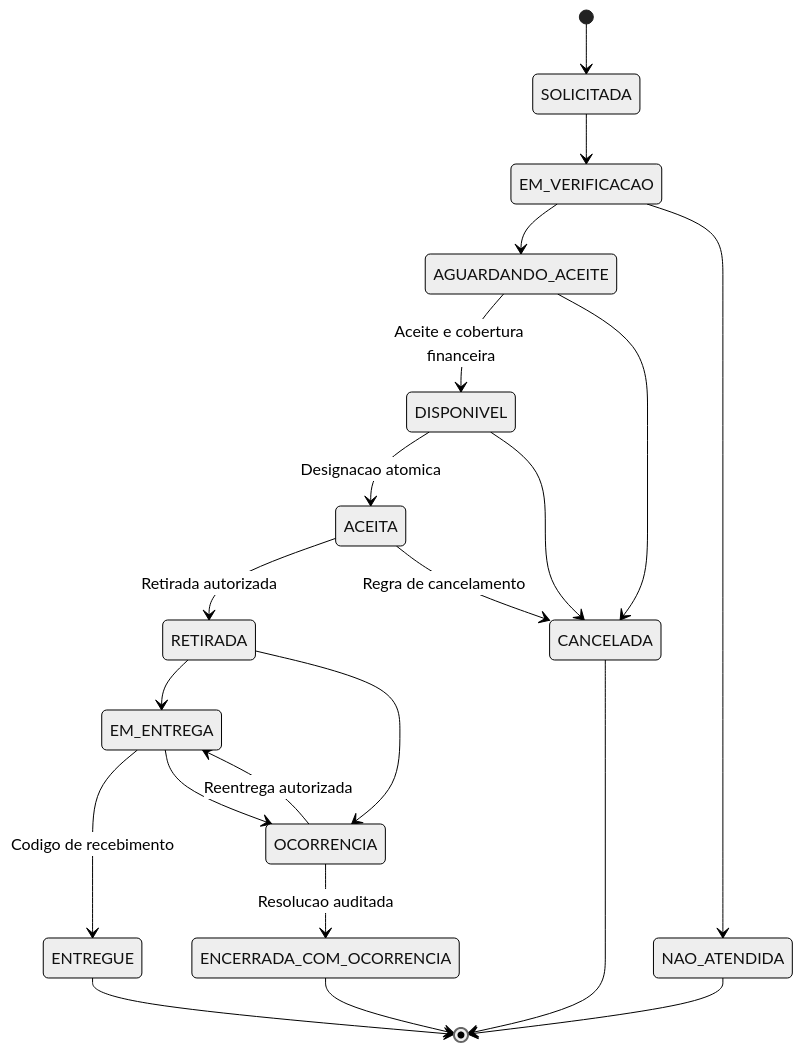
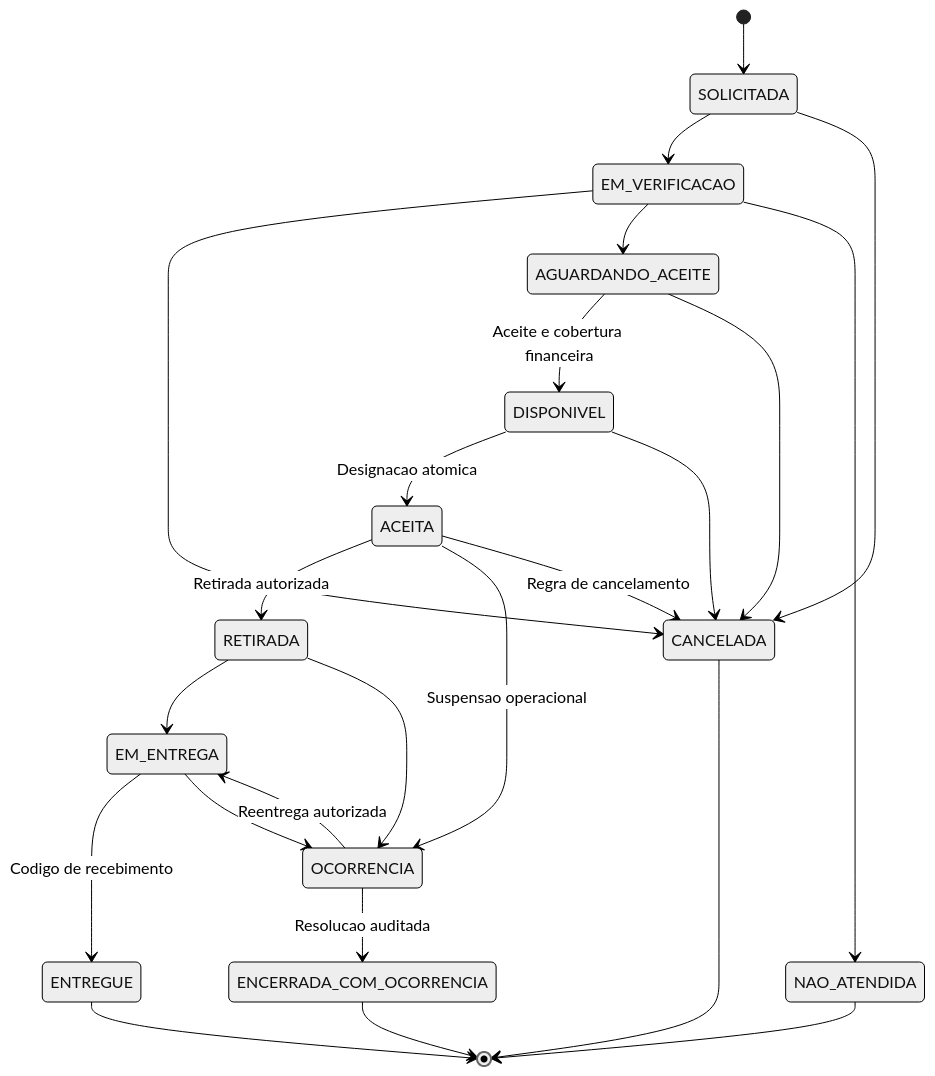
The fourth of 7 diagrams in docs/DIAGRAMAS.md (Kayquebrigadeiro/Exameperto), drawn with Mermaid (neutral theme) before and after one commit. The commit also changed other lines of this file and 8 other files, not shown here.

````diff
--- a/docs/DIAGRAMAS.md
+++ b/docs/DIAGRAMAS.md
@@ -99,23 +106,26 @@
 ```mermaid
 stateDiagram-v2
   [*] --> SOLICITADA
   SOLICITADA --> EM_VERIFICACAO
+  SOLICITADA --> CANCELADA
+  EM_VERIFICACAO --> CANCELADA
   EM_VERIFICACAO --> AGUARDANDO_ACEITE
   EM_VERIFICACAO --> NAO_ATENDIDA
   AGUARDANDO_ACEITE --> DISPONIVEL: Aceite e cobertura financeira
   AGUARDANDO_ACEITE --> CANCELADA
   DISPONIVEL --> ACEITA: Designacao atomica
   DISPONIVEL --> CANCELADA
   ACEITA --> RETIRADA: Retirada autorizada
+  ACEITA --> OCORRENCIA: Suspensao operacional
   ACEITA --> CANCELADA: Regra de cancelamento
   RETIRADA --> EM_ENTREGA
   EM_ENTREGA --> ENTREGUE: Codigo de recebimento
   RETIRADA --> OCORRENCIA
   EM_ENTREGA --> OCORRENCIA
   OCORRENCIA --> EM_ENTREGA: Reentrega autorizada
   OCORRENCIA --> ENCERRADA_COM_OCORRENCIA: Resolucao auditada
   ENTREGUE --> [*]
   CANCELADA --> [*]
   NAO_ATENDIDA --> [*]
   ENCERRADA_COM_OCORRENCIA --> [*]
 ```
````
